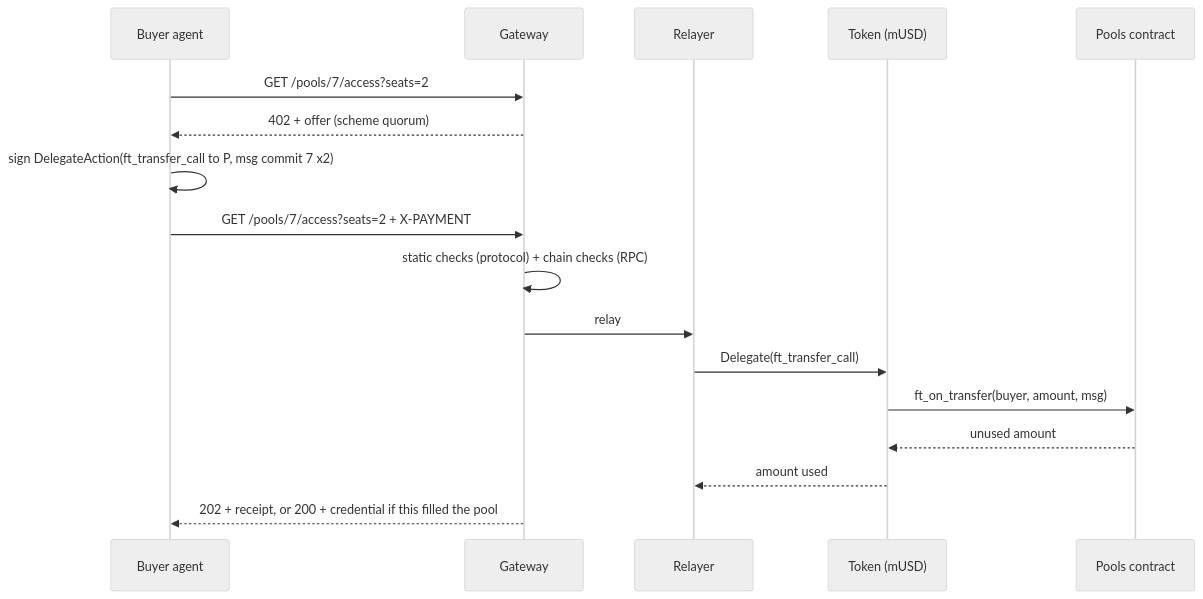
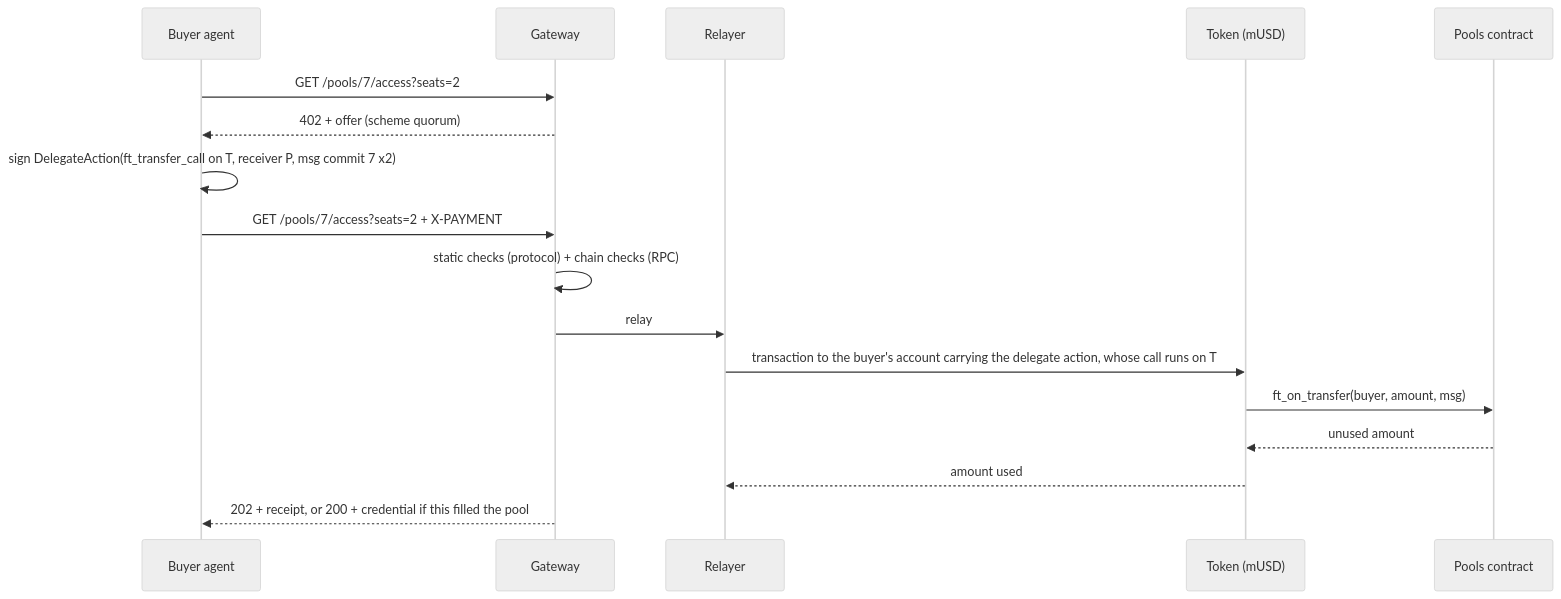
The first of 2 diagrams in docs/specs/2026-11-09-quorum-on-near-design.md (lxfoundry/quorum-on-near), drawn with Mermaid (neutral theme) before and after one commit. The commit also changed other lines of this file and 2 other files, not shown here.

````diff
--- a/docs/specs/2026-11-09-quorum-on-near-design.md
+++ b/docs/specs/2026-11-09-quorum-on-near-design.md
@@ -103,19 +104,19 @@
 ```mermaid
 sequenceDiagram
     participant A as Buyer agent
     participant G as Gateway
     participant R as Relayer
     participant T as Token (mUSD)
     participant P as Pools contract
     A->>G: GET /pools/7/access?seats=2
     G-->>A: 402 + offer (scheme quorum)
-    A->>A: sign DelegateAction(ft_transfer_call to P, msg commit 7 x2)
+    A->>A: sign DelegateAction(ft_transfer_call on T, receiver P, msg commit 7 x2)
     A->>G: GET /pools/7/access?seats=2 + X-PAYMENT
     G->>G: static checks (protocol) + chain checks (RPC)
     G->>R: relay
-    R->>T: Delegate(ft_transfer_call)
+    R->>T: transaction to the buyer's account carrying the delegate action, whose call runs on T
     T->>P: ft_on_transfer(buyer, amount, msg)
     P-->>T: unused amount
     T-->>R: amount used
     G-->>A: 202 + receipt, or 200 + credential if this filled the pool
 ```
````
